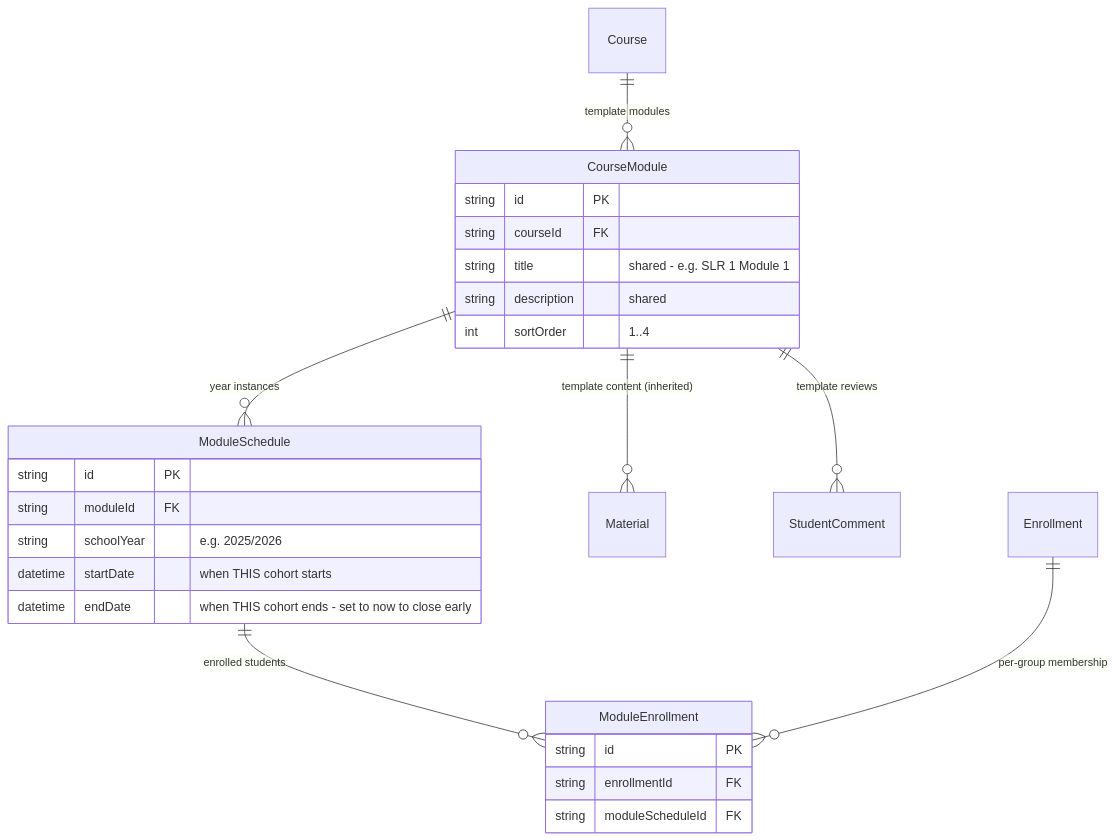
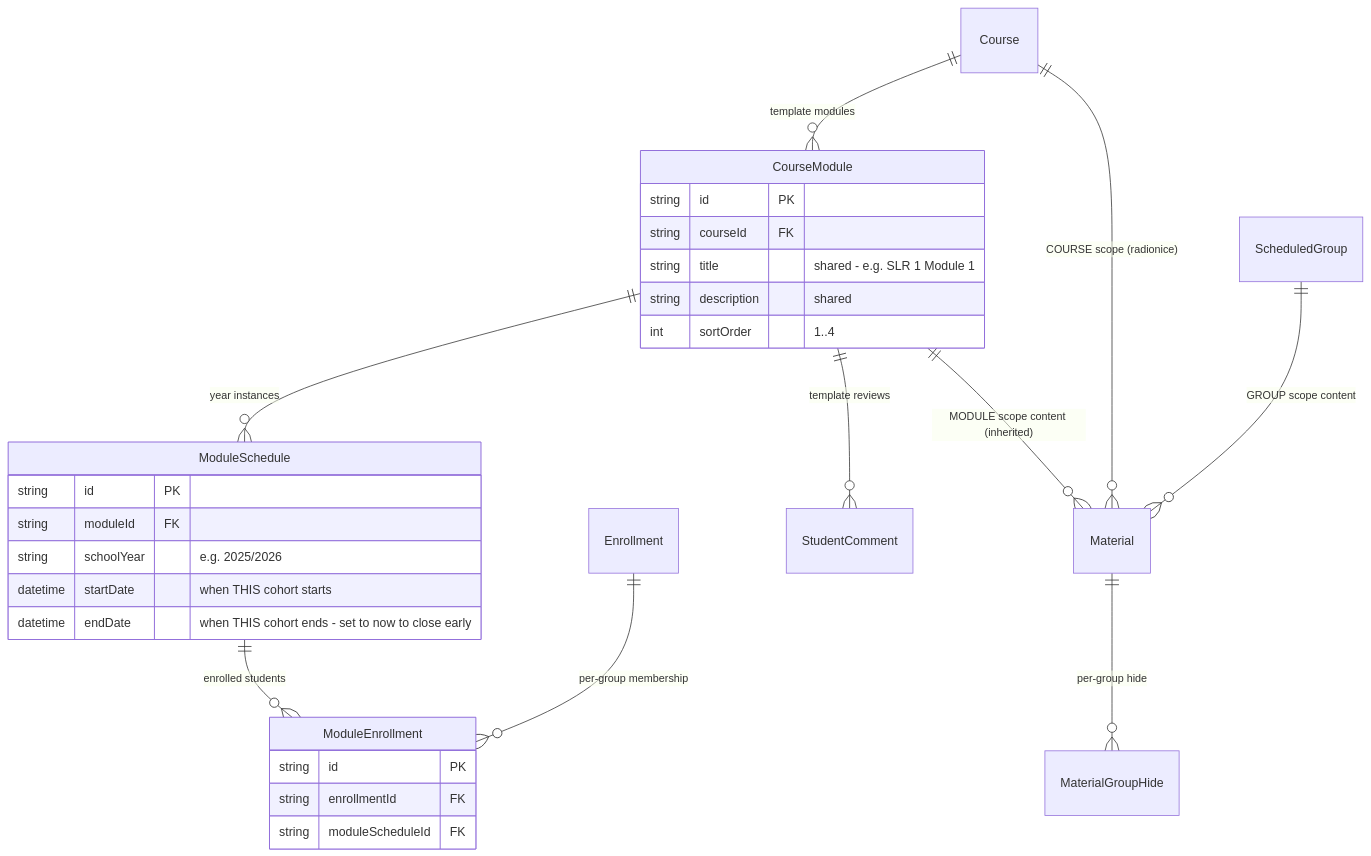
One commit to jpucic00/inovatic changed the first of 2 diagrams in docs/diagrams/module-historization.md. Above: the diagram before and after it, drawn with Mermaid. The commit also changed other lines of this file and 3 other files, not shown here.

First line of the commit message:
Update diagrams to reflect Phase 3 schema and add missing coverage

````diff
--- a/docs/diagrams/module-historization.md
+++ b/docs/diagrams/module-historization.md
@@ -5,31 +5,34 @@
 ```mermaid
 erDiagram
     Course ||--o{ CourseModule : "template modules"
     CourseModule ||--o{ ModuleSchedule : "year instances"
-    CourseModule ||--o{ Material : "template content (inherited)"
+    CourseModule ||--o{ Material : "MODULE scope content (inherited)"
+    Course ||--o{ Material : "COURSE scope (radionice)"
+    ScheduledGroup ||--o{ Material : "GROUP scope content"
+    Material ||--o{ MaterialGroupHide : "per-group hide"
     CourseModule ||--o{ StudentComment : "template reviews"
     ModuleSchedule ||--o{ ModuleEnrollment : "enrolled students"
     Enrollment ||--o{ ModuleEnrollment : "per-group membership"
 
     CourseModule {
         string id PK
         string courseId FK
         string title "shared - e.g. SLR 1 Module 1"
         string description "shared"
         int sortOrder "1..4"
     }
 
     ModuleSchedule {
         string id PK
         string moduleId FK
         string schoolYear "e.g. 2025/2026"
         datetime startDate "when THIS cohort starts"
         datetime endDate "when THIS cohort ends - set to now to close early"
     }
 
     ModuleEnrollment {
         string id PK
         string enrollmentId FK
         string moduleScheduleId FK
     }
 ```
````
